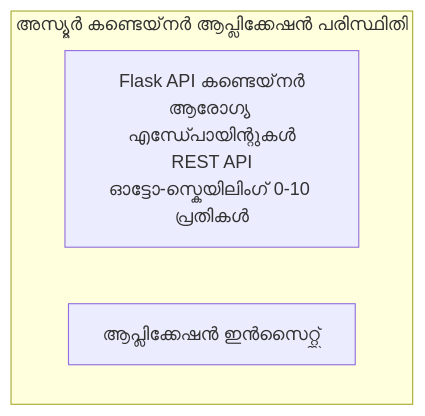
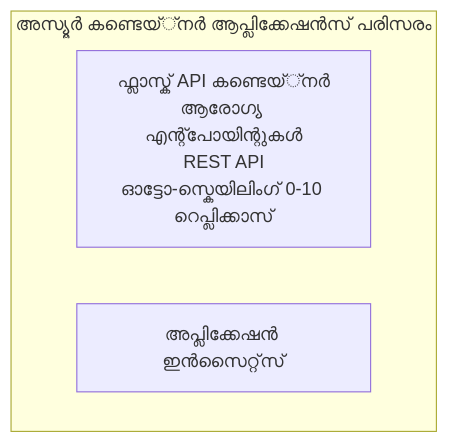
The diagram in translations/ml/examples/container-app/simple-flask-api/README.md (microsoft/AZD-for-beginners), drawn with Mermaid before and after one commit. The commit also changed other lines of this file and 104 other files, not shown here.

````diff
--- a/translations/ml/examples/container-app/simple-flask-api/README.md
+++ b/translations/ml/examples/container-app/simple-flask-api/README.md
@@ -26,7 +26,7 @@
 ```mermaid
 graph TD
-    subgraph ACA[അസ്യൂർ കണ്ടെയ്‌നർ ആപ്ലിക്കേഷൻ പരിസ്ഥിതി]
-        Flask[Flask API കണ്ടെയ്‌നർ<br/>ആരോഗ്യ എന്ധ്പോയിന്റുകൾ<br/>REST API<br/>ഓട്ടോ-സ്കെയിലിംഗ് 0-10 പ്രതികൾ]
-        AppInsights[ആപ്ലിക്കേഷൻ ഇൻസൈറ്റ്സ്]
+    subgraph ACA[അസ്യൂര്‍ കണ്ടെയ്്നര്‍ ആപ്ലിക്കേഷന്‍സ് പരിസരം]
+        Flask[ഫ്ലാസ്ക് API കണ്ടെയ്്നര്‍<br/>ആരോഗ്യ എന്റ്പോയിന്റുകള്‍<br/>REST API<br/>ഓട്ടോ-സ്കെയിലിംഗ് 0-10 റെപ്ലിക്കാസ്]
+        AppInsights[അപ്ലിക്കേഷൻ ഇൻസൈറ്റ്‌സ്]
     end
 ```
````
